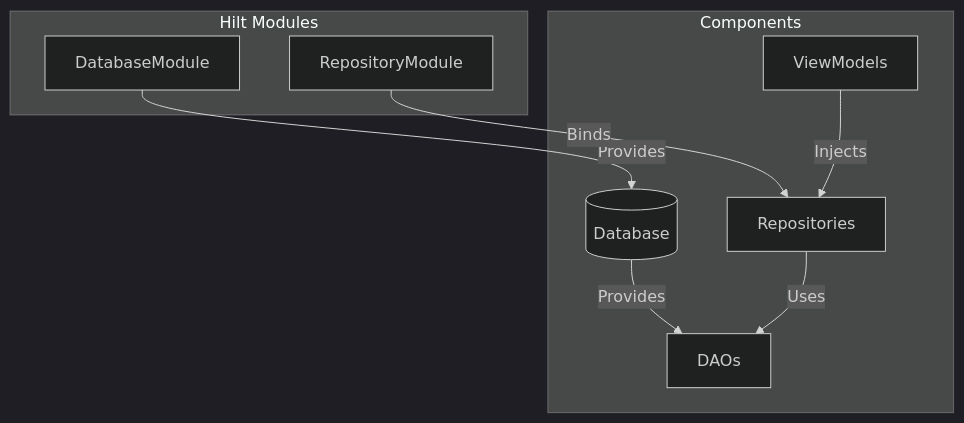
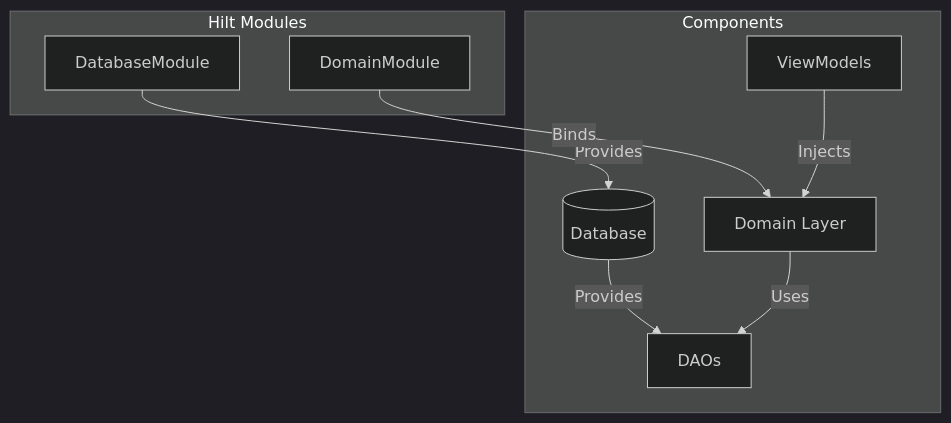
The fifth of 5 diagrams in README.md (mahersavara/Dingo), drawn with Mermaid (dark theme) before and after one commit. The commit also changed other lines of this file and 12 other files, not shown here.

First line of the commit message:
refactor(domain): Move DummyRepository interface to domain module

````diff
--- a/README.md
+++ b/README.md
@@ -313,20 +313,20 @@
 ```mermaid
 graph TB
     subgraph Hilt Modules
         DM[DatabaseModule]
-        RM[RepositoryModule]
+        DomM[DomainModule]
     end
     
     subgraph Components
         VM[ViewModels]
-        R[Repositories]
+        DOM[Domain Layer]
         DAO[DAOs]
         DB[(Database)]
     end
 
     DM -->|Provides| DB
     DB -->|Provides| DAO
-    RM -->|Binds| R
-    R -->|Uses| DAO
-    VM -->|Injects| R
+    DomM -->|Binds| DOM
+    DOM -->|Uses| DAO
+    VM -->|Injects| DOM
 ```
````
